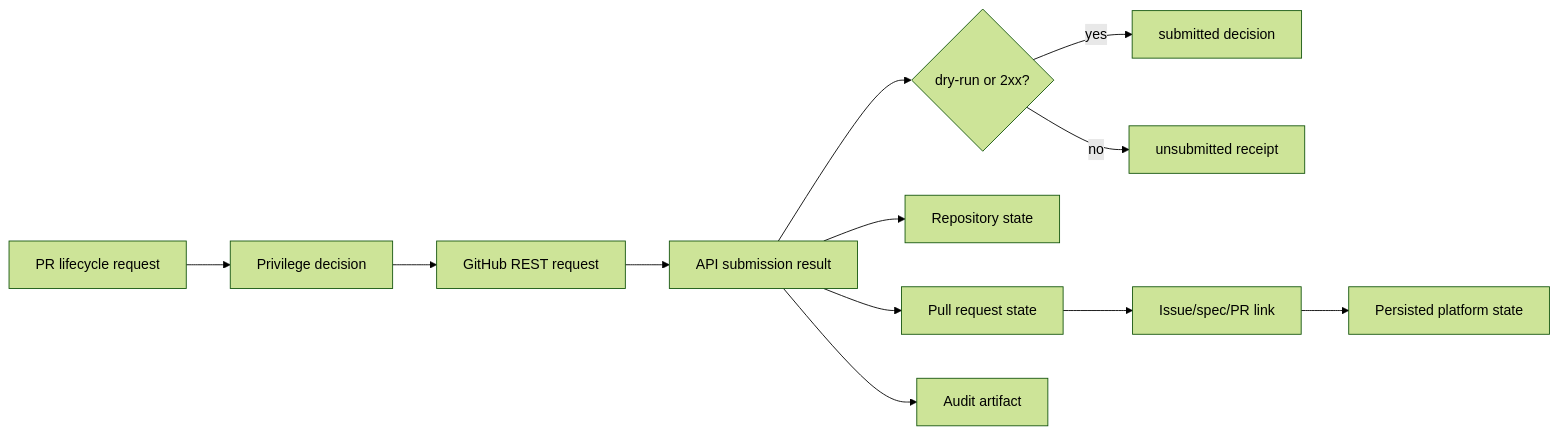
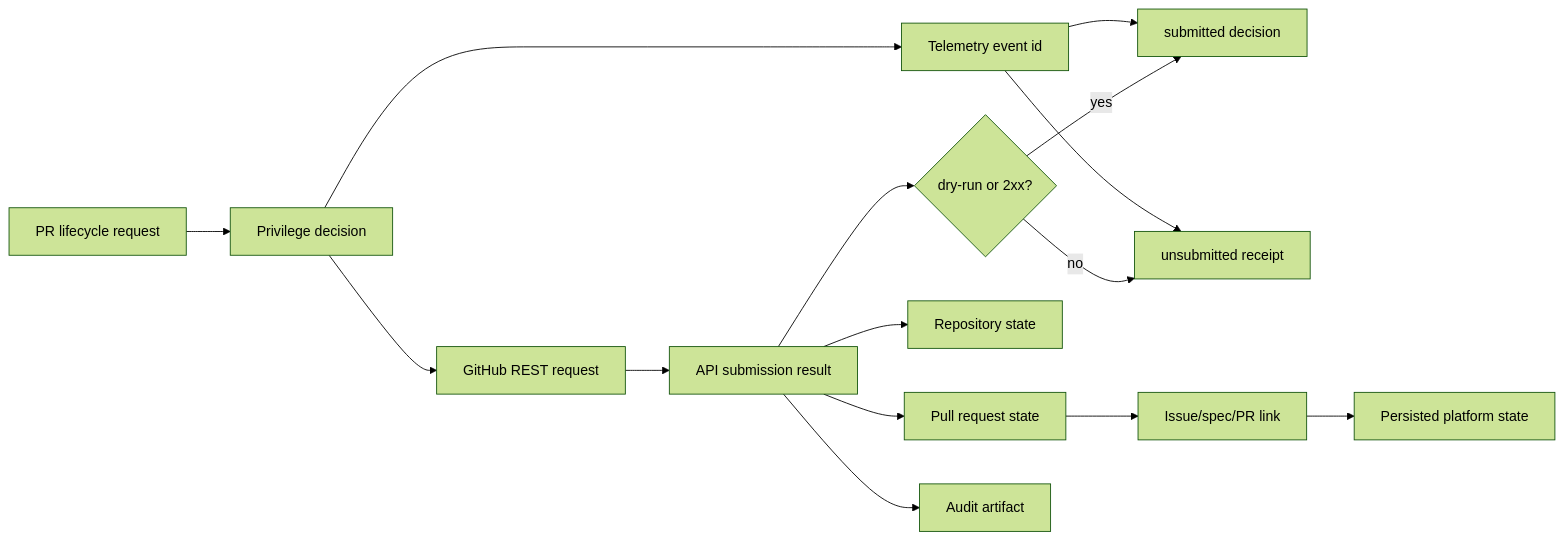
Before and after one commit to VannaDii/ironloom: the diagram in packages/github/README.md, drawn with Mermaid (forest theme). The commit also changed other lines of this file and 168 other files, not shown here.

````diff
--- a/packages/github/README.md
+++ b/packages/github/README.md
@@ -16,14 +22,17 @@
 ```mermaid
 flowchart LR
   PR[PR lifecycle request] --> Policy[Privilege decision]
   Policy --> Request[GitHub REST request]
+  Policy --> Telemetry[Telemetry event id]
   Request --> Submit[API submission result]
   Submit --> Accepted{dry-run or 2xx?}
   Accepted -->|yes| Submitted[submitted decision]
   Accepted -->|no| Rejected[unsubmitted receipt]
+  Telemetry --> Submitted
+  Telemetry --> Rejected
   Submit --> Repo[Repository state]
   Submit --> State[Pull request state]
   State --> Link[Issue/spec/PR link]
   Link --> Storage[Persisted platform state]
   Submit --> Artifact[Audit artifact]
 ```
````
